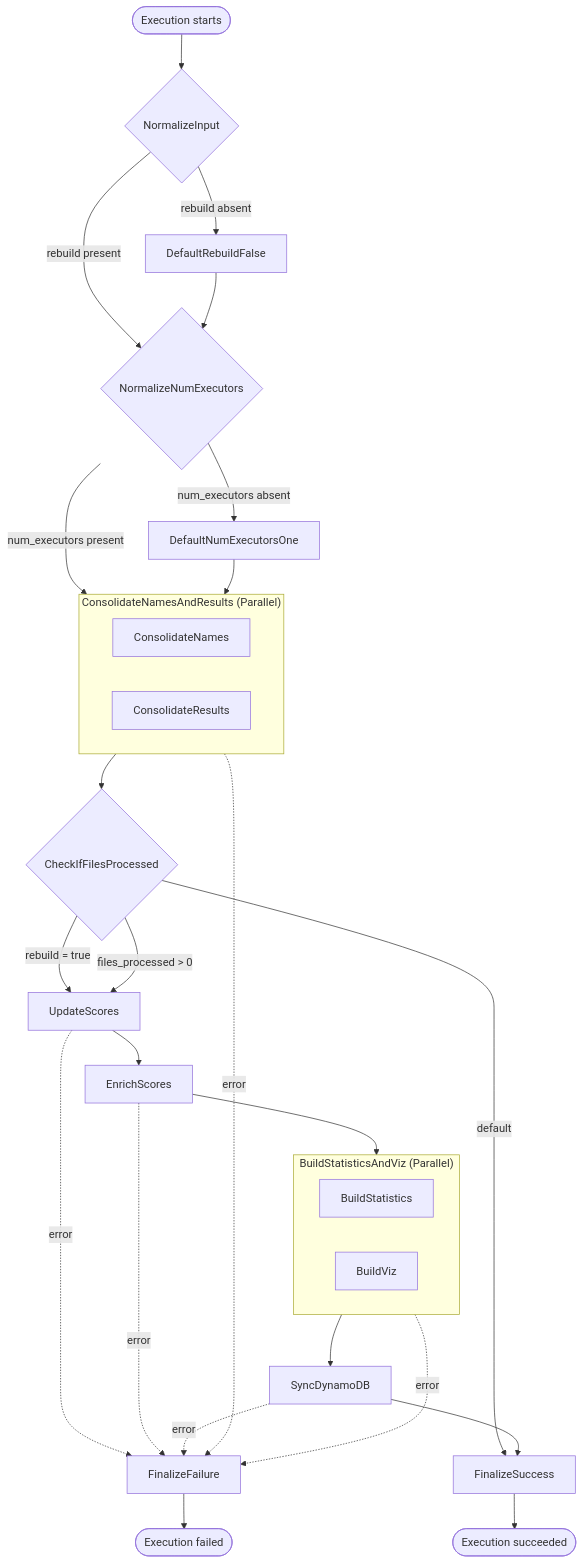
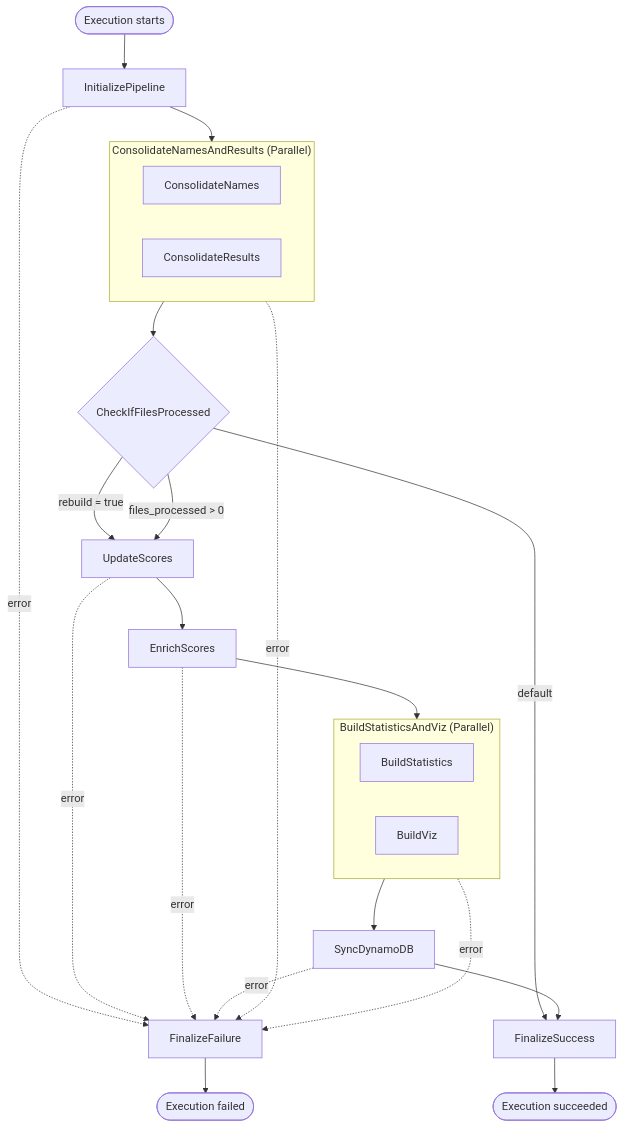
One commit to tor-gu/toa-data-pipeline changed the diagram in state-machine/README.md. Above: the diagram before and after it, drawn with Mermaid. The commit also changed other lines of this file and 7 other files, not shown here.

````diff
--- a/state-machine/README.md
+++ b/state-machine/README.md
@@ -7,37 +7,33 @@
 ```mermaid
 flowchart TD
-    Start([Execution starts]) --> Norm{NormalizeInput}
-    Norm -->|rebuild absent| DefaultRebuildFalse
-    Norm -->|rebuild present| NormExec
-    DefaultRebuildFalse --> NormExec{NormalizeNumExecutors}
-    NormExec -->|num_executors absent| DefaultNumExecutorsOne
-    NormExec -->|num_executors present| ConsolidatePar
-    DefaultNumExecutorsOne --> ConsolidatePar
+    Start([Execution starts]) --> Init[InitializePipeline]
+    Init --> ConsolidatePar
     ConsolidatePar --> Check{CheckIfFilesProcessed}
     Check -->|rebuild = true| UpdateScores
     Check -->|files_processed > 0| UpdateScores
     Check -->|default| FinalizeSuccess
     UpdateScores --> EnrichScores
     EnrichScores --> Par
 
     subgraph ConsolidatePar["ConsolidateNamesAndResults (Parallel)"]
         ConsolidateNames
         ConsolidateResults
     end
 
     subgraph Par["BuildStatisticsAndViz (Parallel)"]
         BuildStatistics
         BuildViz
     end
 
     Par --> SyncDynamoDB
     SyncDynamoDB --> FinalizeSuccess
     FinalizeSuccess --> Succeeded([Execution succeeded])
 
+    Init -.->|error| FinalizeFailure
     ConsolidatePar -.->|error| FinalizeFailure
     UpdateScores -.->|error| FinalizeFailure
     EnrichScores -.->|error| FinalizeFailure
     Par -.->|error| FinalizeFailure
     SyncDynamoDB -.->|error| FinalizeFailure
     FinalizeFailure --> ExecutionFailed([Execution failed])
 ```
````
